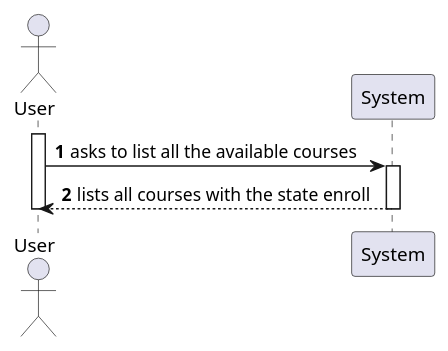
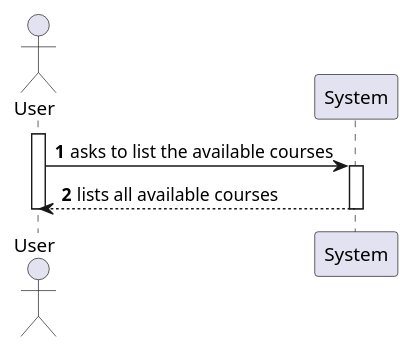
One commit to miseEnPlace-dev/lapr4 changed the diagram in docs/sprint-b/us12-1006/US1006_SSD.puml. Above: the diagram before and after it, drawn with PlantUML. The commit also changed 2 other files, not shown here.

Commit message:
docs(#35): updated ssd

```diff
--- a/docs/sprint-b/us12-1006/US1006_SSD.puml
+++ b/docs/sprint-b/us12-1006/US1006_SSD.puml
@@ -1,16 +1,16 @@
-@startuml US1003_SSD
+@startuml US1006_SSD
 autonumber
 
 actor "User" as U
 participant "System" as SYS
 
 activate U
 
-U -> SYS : asks to list all the available courses
+U -> SYS : asks to list the available courses
 activate SYS
-SYS --> U : lists all courses with the state enroll
+SYS --> U : lists all available courses
 deactivate SYS
 
 deactivate U
 
 @enduml
```
